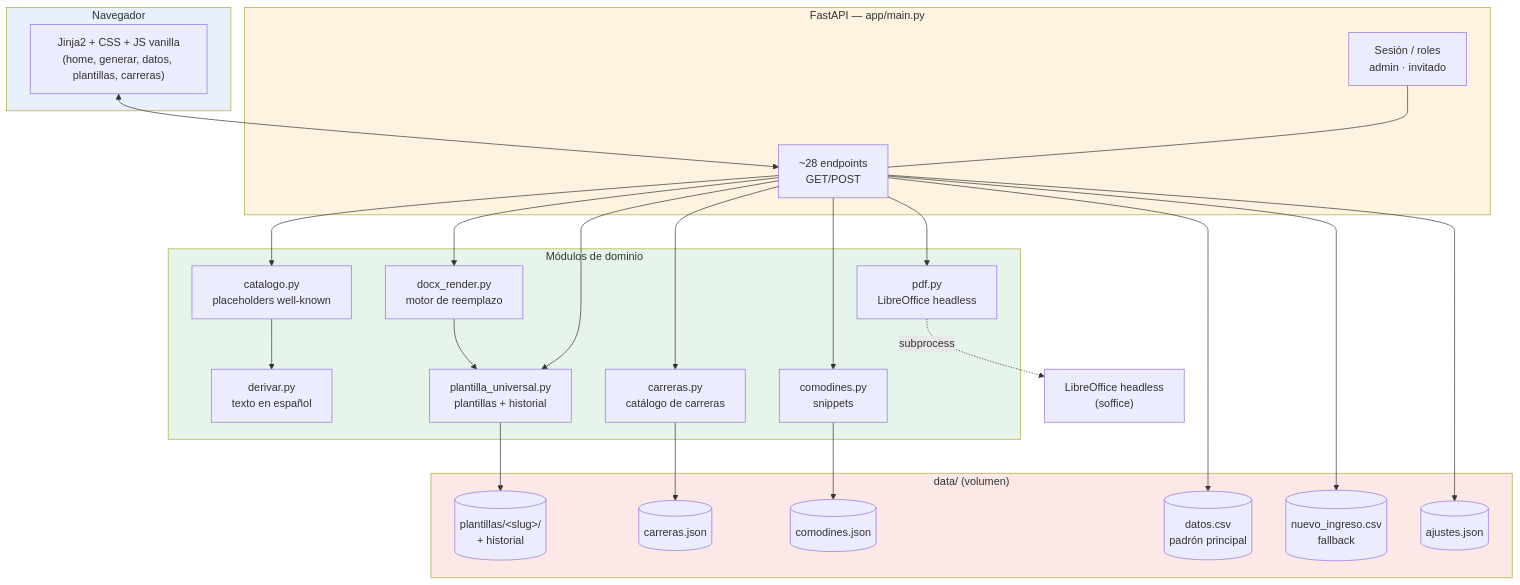
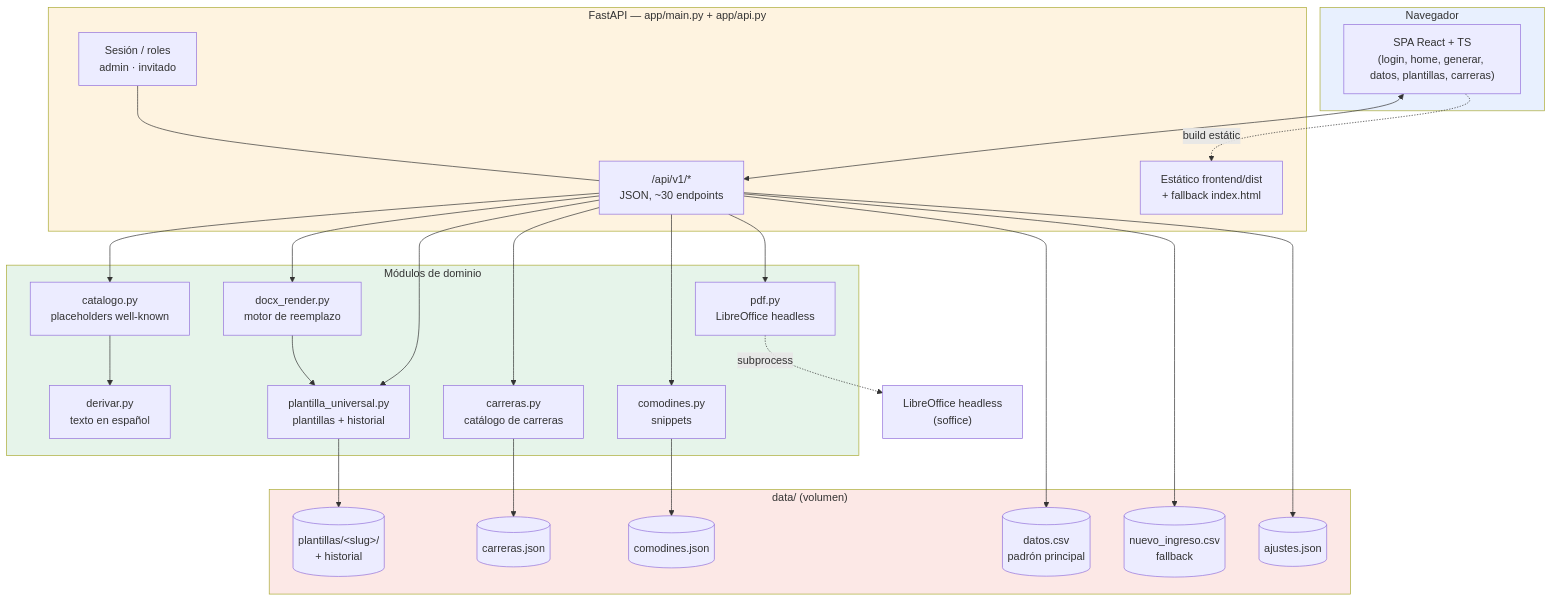
One commit to iamHN3Y/constancias-uaem-tianguistenco changed the first of 3 diagrams in docs/TECNICA.md. Above: the diagram before and after it, drawn with Mermaid. The commit also changed other lines of this file and 49 other files, not shown here.

First line of the commit message:
feat: frontend SPA en React + TypeScript sobre API JSON /api/v1

````diff
--- a/docs/TECNICA.md
+++ b/docs/TECNICA.md
@@ -17,54 +20,56 @@
 ```mermaid
 graph TB
     subgraph Cliente["Navegador"]
-        UI["Jinja2 + CSS + JS vanilla<br/>(home, generar, datos, plantillas, carreras)"]
+        UI["SPA React + TS<br/>(login, home, generar, datos, plantillas, carreras)"]
     end
 
-    subgraph Servidor["FastAPI — app/main.py"]
+    subgraph Servidor["FastAPI — app/main.py + app/api.py"]
         Auth["Sesión / roles<br/>admin · invitado"]
-        Endpoints["~28 endpoints<br/>GET/POST"]
+        Endpoints["/api/v1/*<br/>JSON, ~30 endpoints"]
+        SPA["Estático frontend/dist<br/>+ fallback index.html"]
     end
 
     subgraph Modulos["Módulos de dominio"]
         Catalogo["catalogo.py<br/>placeholders well-known"]
         Derivar["derivar.py<br/>texto en español"]
         DocxRender["docx_render.py<br/>motor de reemplazo"]
         PlantillaU["plantilla_universal.py<br/>plantillas + historial"]
         Carreras["carreras.py<br/>catálogo de carreras"]
         Comodines["comodines.py<br/>snippets"]
         Pdf["pdf.py<br/>LibreOffice headless"]
     end
 
     subgraph Datos["data/ (volumen)"]
         DatosCsv[("datos.csv<br/>padrón principal")]
         NiCsv[("nuevo_ingreso.csv<br/>fallback")]
         Carrerasjson[("carreras.json")]
         Ajustesjson[("ajustes.json")]
         Plantillas[("plantillas/&lt;slug&gt;/<br/>+ historial")]
         Comodinesjson[("comodines.json")]
     end
 
     UI <--> Endpoints
+    UI -.build estático.-> SPA
     Auth --- Endpoints
     Endpoints --> Catalogo
     Endpoints --> DocxRender
     Endpoints --> PlantillaU
     Endpoints --> Carreras
     Endpoints --> Comodines
     Endpoints --> Pdf
     Catalogo --> Derivar
     DocxRender --> PlantillaU
 
     Endpoints --> DatosCsv
     Endpoints --> NiCsv
     Carreras --> Carrerasjson
     Endpoints --> Ajustesjson
     PlantillaU --> Plantillas
     Comodines --> Comodinesjson
     Pdf -.subprocess.-> LibreOffice["LibreOffice headless<br/>(soffice)"]
 
     style Cliente fill:#e8f0fe
     style Servidor fill:#fef3e0
     style Modulos fill:#e6f4ea
     style Datos fill:#fce8e6
 ```
````
